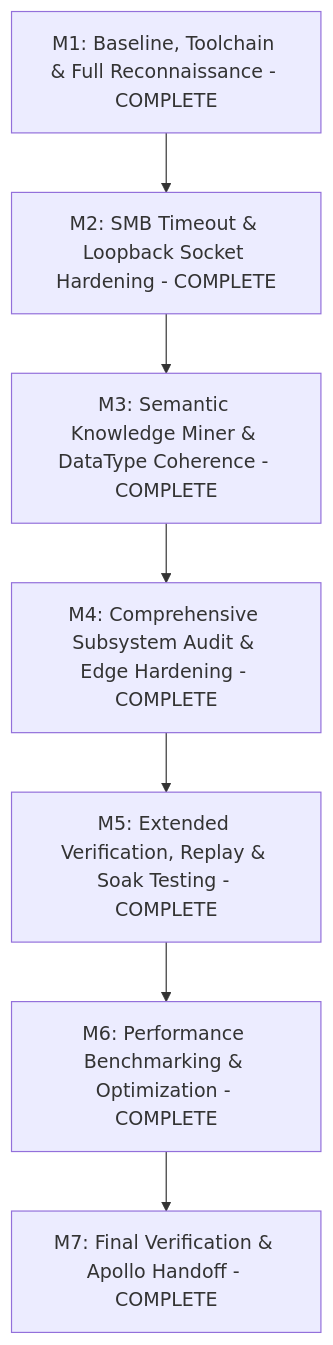
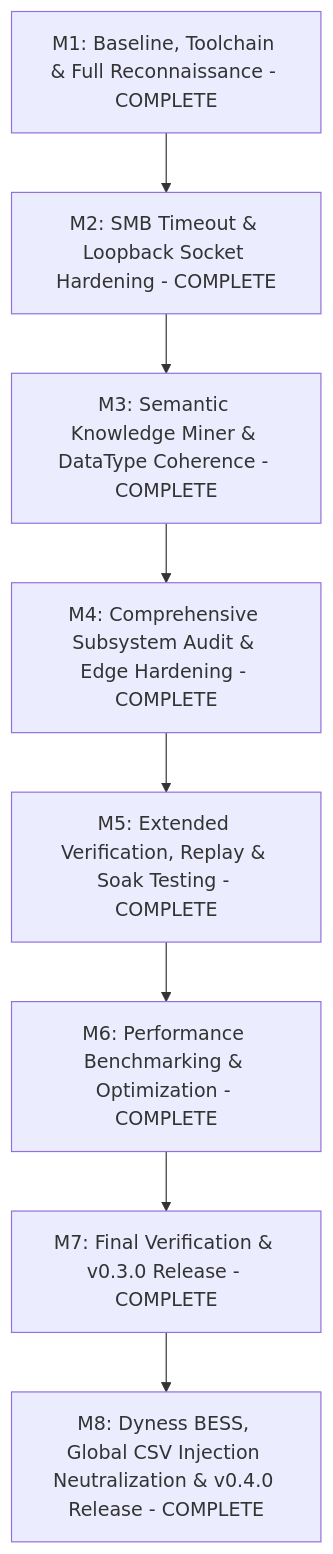
One commit to Cylae/DefFileGenerator changed the diagram in docs/audit/PLAN.md. Above: the diagram before and after it, drawn with Mermaid. The commit also changed other lines of this file and 5 other files, not shown here.

Commit message:
docs(audit): update Apollo engineering ledgers for v0.4.0 release

````diff
--- a/docs/audit/PLAN.md
+++ b/docs/audit/PLAN.md
@@ -23,9 +27,10 @@
 ```mermaid
 graph TD
     M1[M1: Baseline, Toolchain & Full Reconnaissance - COMPLETE] --> M2[M2: SMB Timeout & Loopback Socket Hardening - COMPLETE]
     M2 --> M3[M3: Semantic Knowledge Miner & DataType Coherence - COMPLETE]
     M3 --> M4[M4: Comprehensive Subsystem Audit & Edge Hardening - COMPLETE]
     M4 --> M5[M5: Extended Verification, Replay & Soak Testing - COMPLETE]
     M5 --> M6[M6: Performance Benchmarking & Optimization - COMPLETE]
-    M6 --> M7[M7: Final Verification & Apollo Handoff - COMPLETE]
+    M6 --> M7[M7: Final Verification & v0.3.0 Release - COMPLETE]
+    M7 --> M8[M8: Dyness BESS, Global CSV Injection Neutralization & v0.4.0 Release - COMPLETE]
 ```
````
